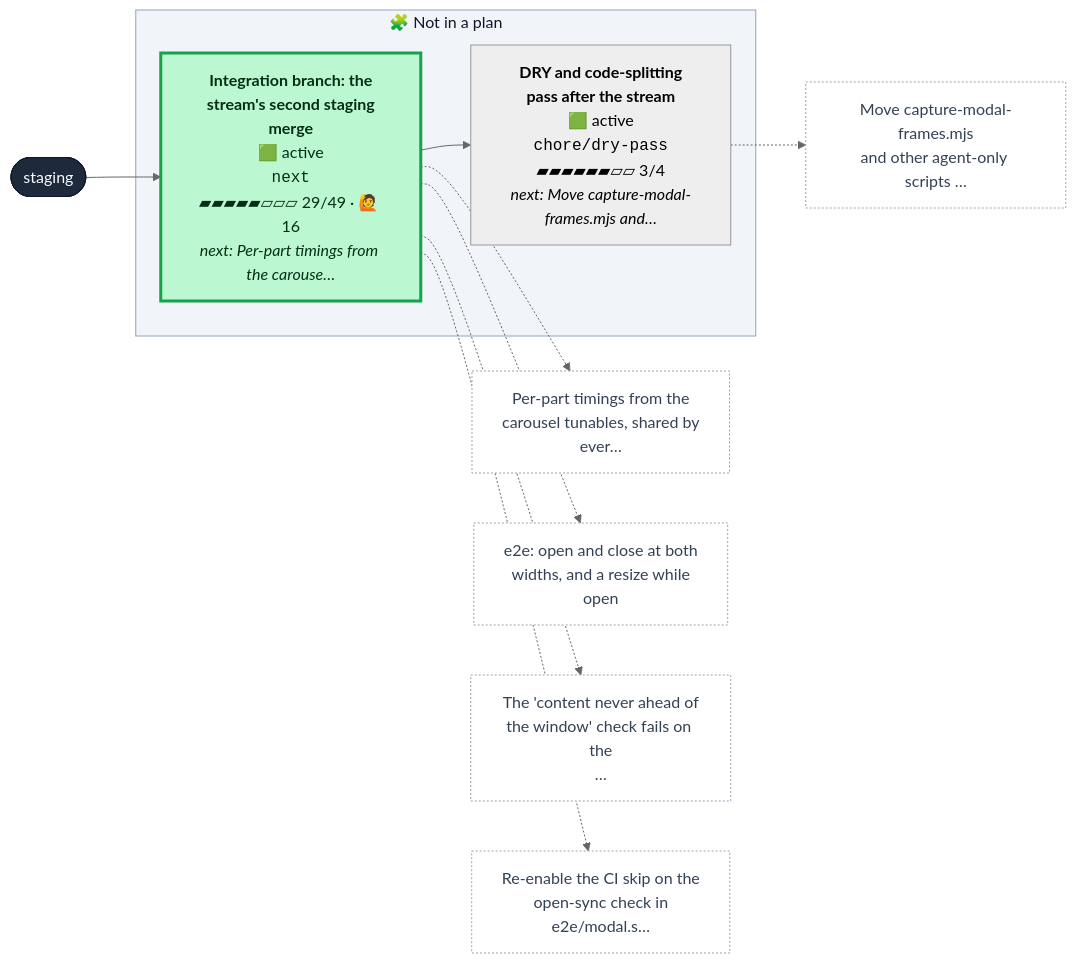
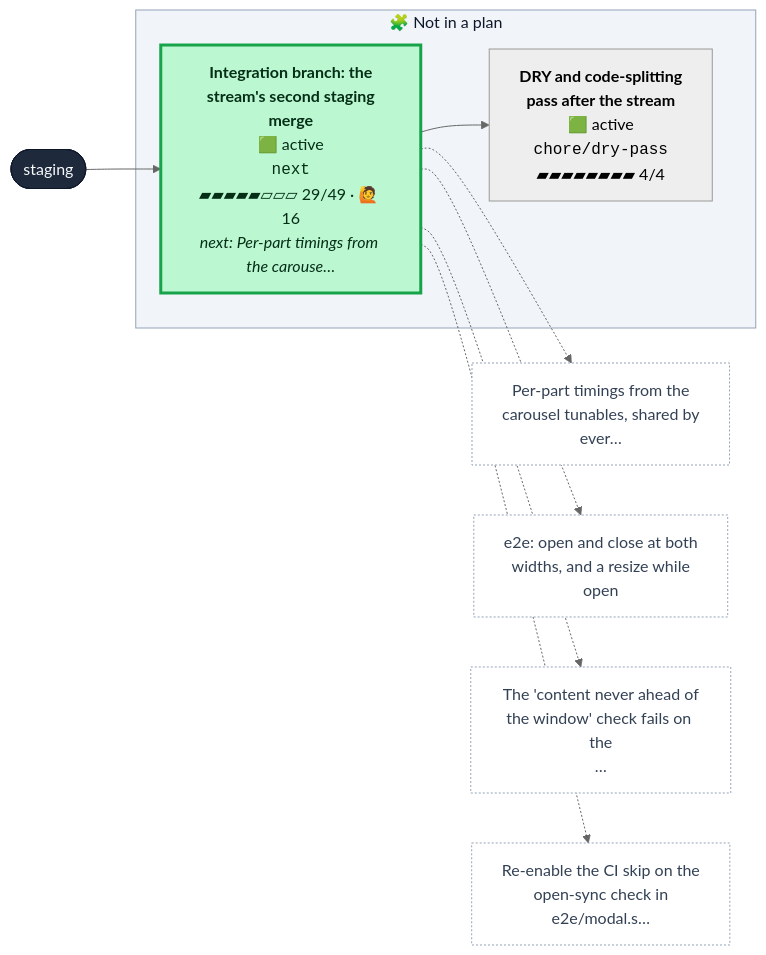
One commit to henryjonescodes/portfolio changed the first of 2 diagrams in CONTRIBUTING.md. Above: the diagram before and after it, drawn with Mermaid (neutral theme). The commit also changed other lines of this file, not shown here.

````diff
--- a/CONTRIBUTING.md
+++ b/CONTRIBUTING.md
@@ -16,38 +16,35 @@
 ```mermaid
 flowchart LR
   n_staging([staging])
   class n_staging trunk
   subgraph loose["🧩 Not in a plan"]
-    n_chore_dry_pass["<b>DRY and code-splitting<br/>pass after the stream</b><br/>🟩 active<br/><code>chore/dry-pass</code><br/>▰▰▰▰▰▰▱▱ 3/4<br/><i>next: Move capture-modal-frames.mjs and…</i>"]
+    n_chore_dry_pass["<b>DRY and code-splitting<br/>pass after the stream</b><br/>🟩 active<br/><code>chore/dry-pass</code><br/>▰▰▰▰▰▰▰▰ 4/4"]
     class n_chore_dry_pass active,current
     n_next["<b>Integration branch: the<br/>stream's second staging<br/>merge</b><br/>🟩 active<br/><code>next</code><br/>▰▰▰▰▰▱▱▱ 29/49 · 🙋 16<br/><i>next: Per-part timings from the carouse…</i>"]
     class n_next active
   end
   style loose fill:#f1f5f9,stroke:#94a3b8,color:#0f172a
   n_next --> n_chore_dry_pass
   n_staging --> n_next
-  n_chore_dry_pass_t0["Move capture-modal-frames.mjs<br/>and other agent-only scripts …"]
-  class n_chore_dry_pass_t0 todo
-  n_chore_dry_pass -.-> n_chore_dry_pass_t0
   n_next_t0["Per-part timings from the<br/>carousel tunables, shared by<br/>ever…"]
   class n_next_t0 todo
   n_next -.-> n_next_t0
   n_next_t1["e2e: open and close at both<br/>widths, and a resize while<br/>open"]
   class n_next_t1 todo
   n_next -.-> n_next_t1
   n_next_t2["The 'content never ahead of<br/>the window' check fails on the<br/>…"]
   class n_next_t2 todo
   n_next -.-> n_next_t2
   n_next_t3["Re-enable the CI skip on the<br/>open-sync check in<br/>e2e/modal.s…"]
   class n_next_t3 todo
   n_next -.-> n_next_t3
   classDef merged fill:#dcfce7,stroke:#16a34a,color:#052e16
   classDef todo fill:#ffffff,stroke:#94a3b8,stroke-dasharray:2 2,color:#334155
   classDef planned fill:#c7d2fe,stroke:#4f46e5,color:#1e1b4b
   classDef sketched fill:#f8fafc,stroke:#64748b,stroke-dasharray:4 3,color:#334155
   classDef active fill:#bbf7d0,stroke:#16a34a,stroke-width:3px,color:#052e16
   classDef review fill:#fde68a,stroke:#d97706,stroke-width:3px,color:#451a03
   classDef blocked fill:#fecaca,stroke:#dc2626,stroke-width:3px,color:#450a0a
   classDef trunk fill:#1e293b,stroke:#0f172a,color:#f8fafc
   classDef current stroke:#0ea5e9,stroke-width:5px
 ```
````
